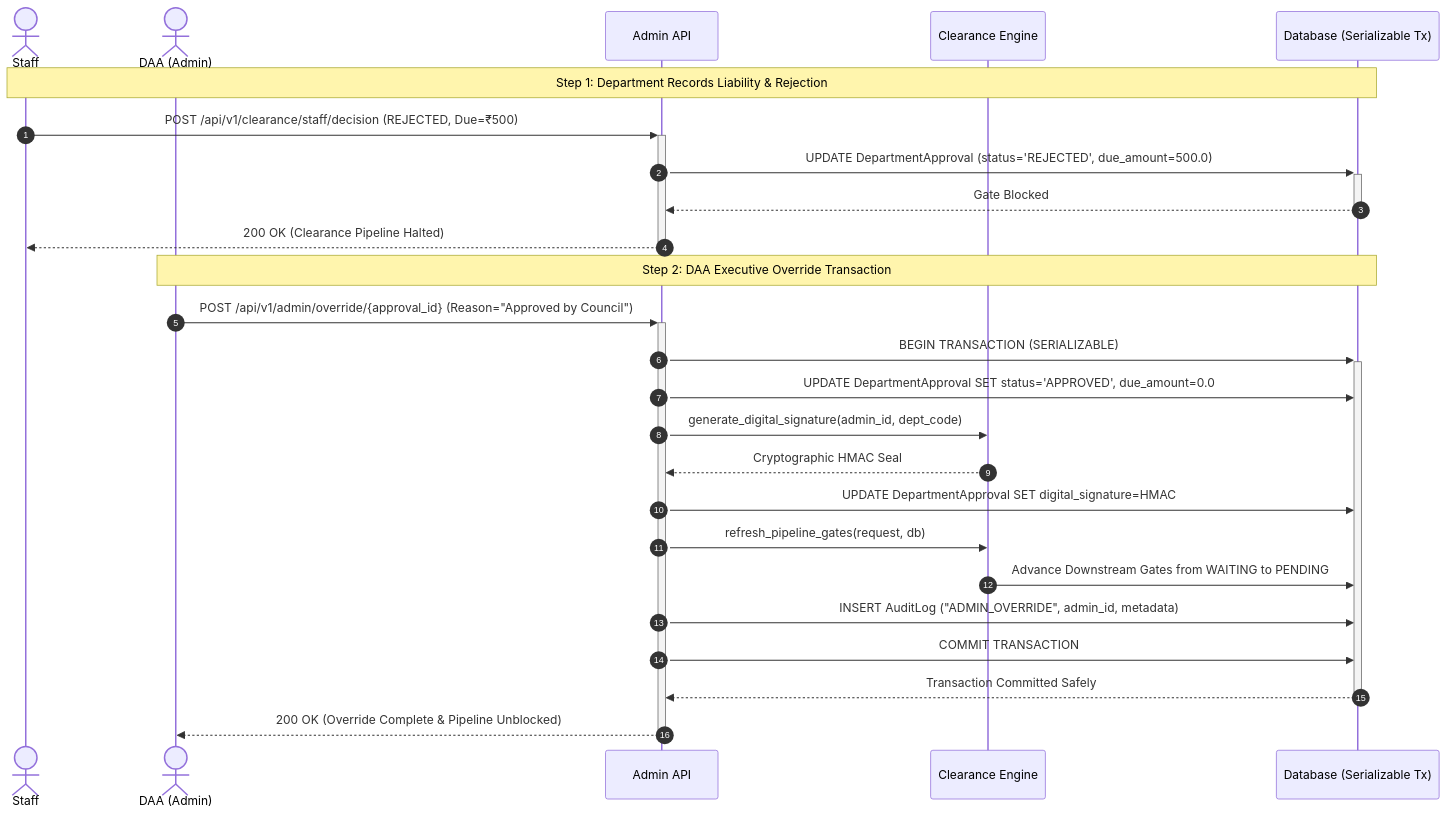
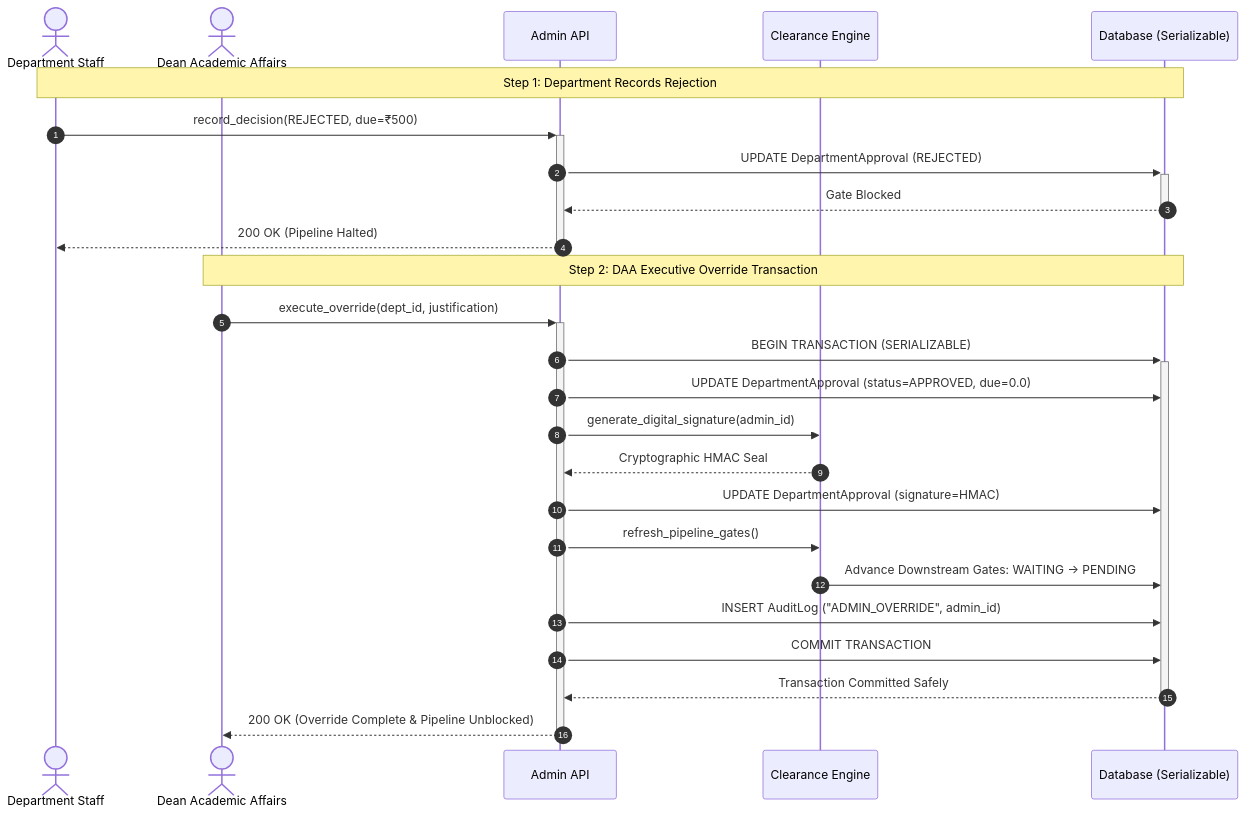
Before and after one commit to rags-git/clearance-automation-engine: the seventh of 9 diagrams in docs/UML_DIAGRAMS.md, drawn with Mermaid. The commit also changed other lines of this file and 2 other files, not shown here.

Commit message:
docs(uml): optimize Sequence Diagrams 4.1, 4.2, and 4.3 for direct readability without zooming

````diff
--- a/docs/UML_DIAGRAMS.md
+++ b/docs/UML_DIAGRAMS.md
@@ -440,31 +445,29 @@
 ```mermaid
 sequenceDiagram
     autonumber
-    actor Staff as Staff
-    actor DAA as DAA (Admin)
+    actor Staff as Department Staff
+    actor DAA as Dean Academic Affairs
     participant API as Admin API
     participant CoR as Clearance Engine
-    participant DB as Database (Serializable Tx)
+    participant DB as Database (Serializable)
 
-    %% Initial Rejection
-    Note over Staff, DB: Step 1: Department Records Liability & Rejection
-    Staff->>+API: POST /api/v1/clearance/staff/decision (REJECTED, Due=₹500)
-    API->>+DB: UPDATE DepartmentApproval (status='REJECTED', due_amount=500.0)
+    Note over Staff, DB: Step 1: Department Records Rejection
+    Staff->>+API: record_decision(REJECTED, due=₹500)
+    API->>+DB: UPDATE DepartmentApproval (REJECTED)
     DB-->>-API: Gate Blocked
-    API-->>-Staff: 200 OK (Clearance Pipeline Halted)
+    API-->>-Staff: 200 OK (Pipeline Halted)
 
-    %% DAA Executive Override
     Note over DAA, DB: Step 2: DAA Executive Override Transaction
-    DAA->>+API: POST /api/v1/admin/override/{approval_id} (Reason="Approved by Council")
+    DAA->>+API: execute_override(dept_id, justification)
     API->>+DB: BEGIN TRANSACTION (SERIALIZABLE)
-    API->>DB: UPDATE DepartmentApproval SET status='APPROVED', due_amount=0.0
-    API->>CoR: generate_digital_signature(admin_id, dept_code)
+    API->>DB: UPDATE DepartmentApproval (status=APPROVED, due=0.0)
+    API->>CoR: generate_digital_signature(admin_id)
     CoR-->>API: Cryptographic HMAC Seal
-    API->>DB: UPDATE DepartmentApproval SET digital_signature=HMAC
-    API->>CoR: refresh_pipeline_gates(request, db)
-    CoR->>DB: Advance Downstream Gates from WAITING to PENDING
-    API->>DB: INSERT AuditLog ("ADMIN_OVERRIDE", admin_id, metadata)
+    API->>DB: UPDATE DepartmentApproval (signature=HMAC)
+    API->>CoR: refresh_pipeline_gates()
+    CoR->>DB: Advance Downstream Gates: WAITING -> PENDING
+    API->>DB: INSERT AuditLog ("ADMIN_OVERRIDE", admin_id)
     API->>DB: COMMIT TRANSACTION
     DB-->>-API: Transaction Committed Safely
     API-->>-DAA: 200 OK (Override Complete & Pipeline Unblocked)
 ```
````
